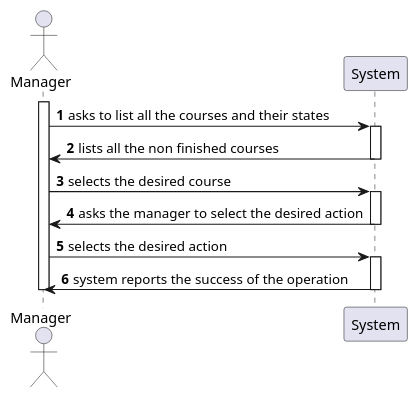
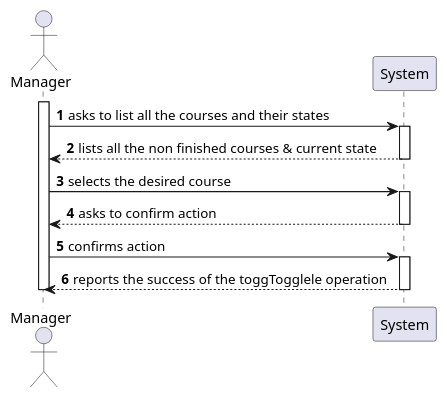
One commit to miseEnPlace-dev/lapr4 changed the diagram in docs/sprint-b/us09-1003/US1003_SSD.puml. Above: the diagram before and after it, drawn with PlantUML. The commit also changed 7 other files, not shown here.

```diff
--- a/docs/sprint-b/us09-1003/US1003_SSD.puml
+++ b/docs/sprint-b/us09-1003/US1003_SSD.puml
@@ -1,26 +1,26 @@
 @startuml US1003_SSD
 autonumber
 
 actor "Manager" as M
 participant "System" as SYS
 
 activate M
 
 M -> SYS : asks to list all the courses and their states
 activate SYS
-SYS -> M : lists all the non finished courses
+SYS --> M : lists all the non finished courses & current state
 deactivate SYS
 
 M -> SYS : selects the desired course
 activate SYS
-SYS -> M : asks the manager to select the desired action
+SYS --> M : asks to confirm action
 deactivate SYS
 
-M -> SYS : selects the desired action
+M -> SYS : confirms action
 activate SYS
-SYS -> M : system reports the success of the operation
+SYS --> M : reports the success of the toggTogglele operation
 deactivate SYS
 
 deactivate M
 
 @enduml
```
